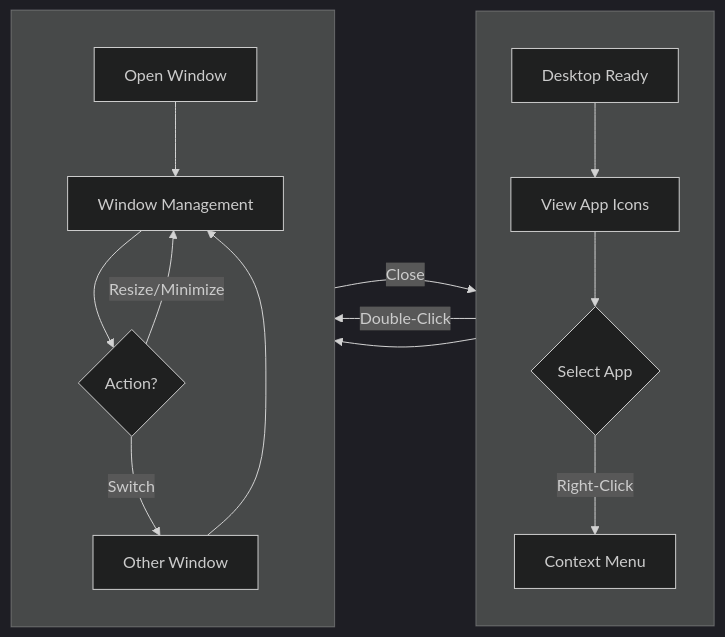
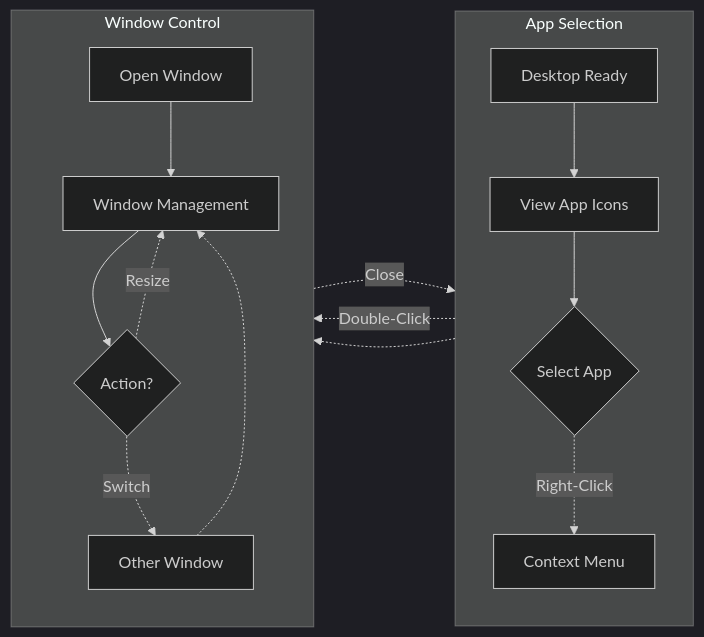
The second of 10 diagrams in docs/SEN3781_Assignment4_Information_Architecture_Report.md (RoundRobinHood/cogniflight-cloud), drawn with Mermaid (dark theme) before and after one commit. The commit also changed other lines of this file, not shown here.

Commit message:
improved diagram readability

````diff
--- a/docs/SEN3781_Assignment4_Information_Architecture_Report.md
+++ b/docs/SEN3781_Assignment4_Information_Architecture_Report.md
@@ -174,20 +174,20 @@
 ```mermaid
 flowchart LR
-    subgraph row1[" "]
+    subgraph s1["App Selection"]
         direction TB
         A[Desktop Ready] --> B[View App Icons]
         B --> C{Select App}
-        C -->|Right-Click| E[Context Menu]
+        C -.->|Right-Click| E[Context Menu]
     end
-    subgraph row2[" "]
+    subgraph s2["Window Control"]
         direction TB
         D[Open Window] --> F[Window Management]
         F --> G{Action?}
-        G -->|Switch| I[Other Window]
+        G -.->|Switch| I[Other Window]
+        I -.-> F
+        G -.->|Resize| F
     end
-    C -->|Double-Click| D
-    E --> D
-    G -->|Resize/Minimize| F
-    G -->|Close| B
-    I --> F
+    C -.->|Double-Click| D
+    E -.-> D
+    G -.->|Close| B
 ```
````
